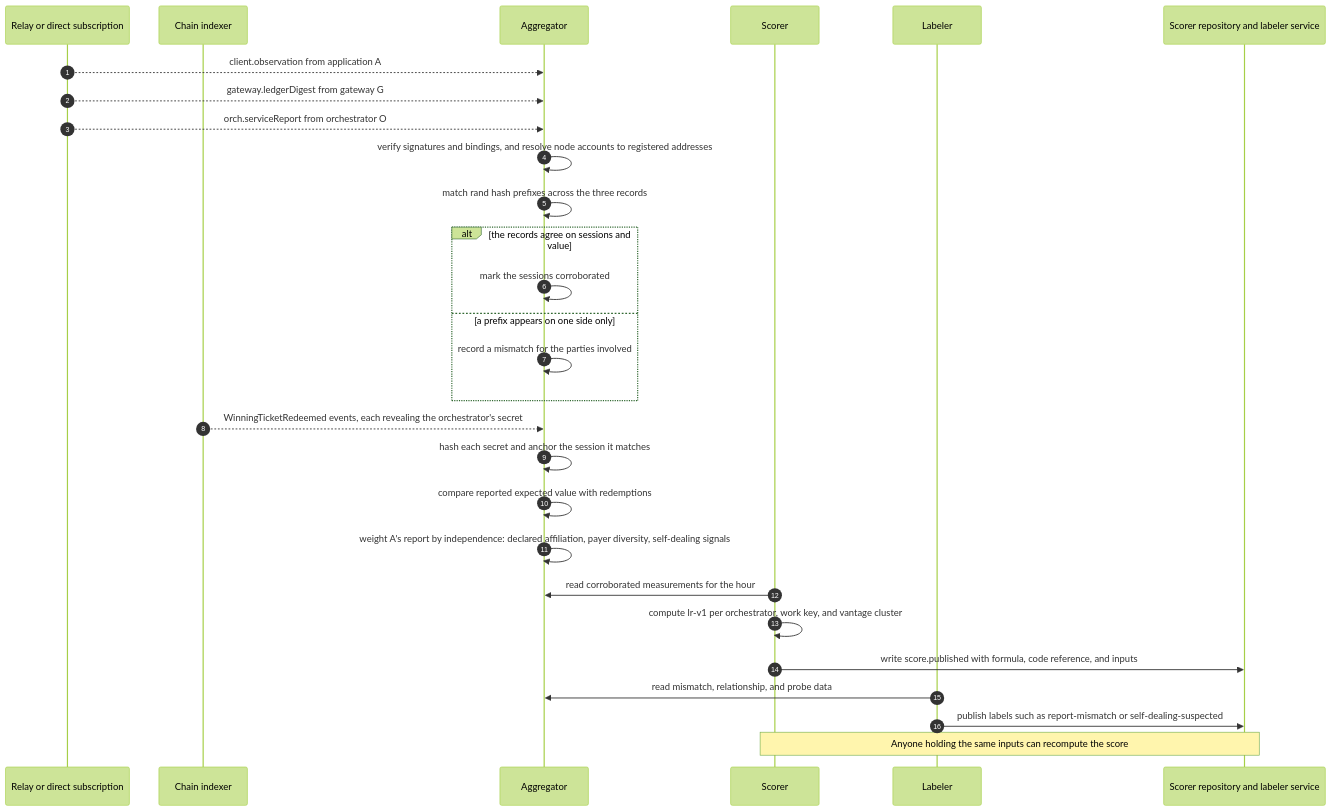
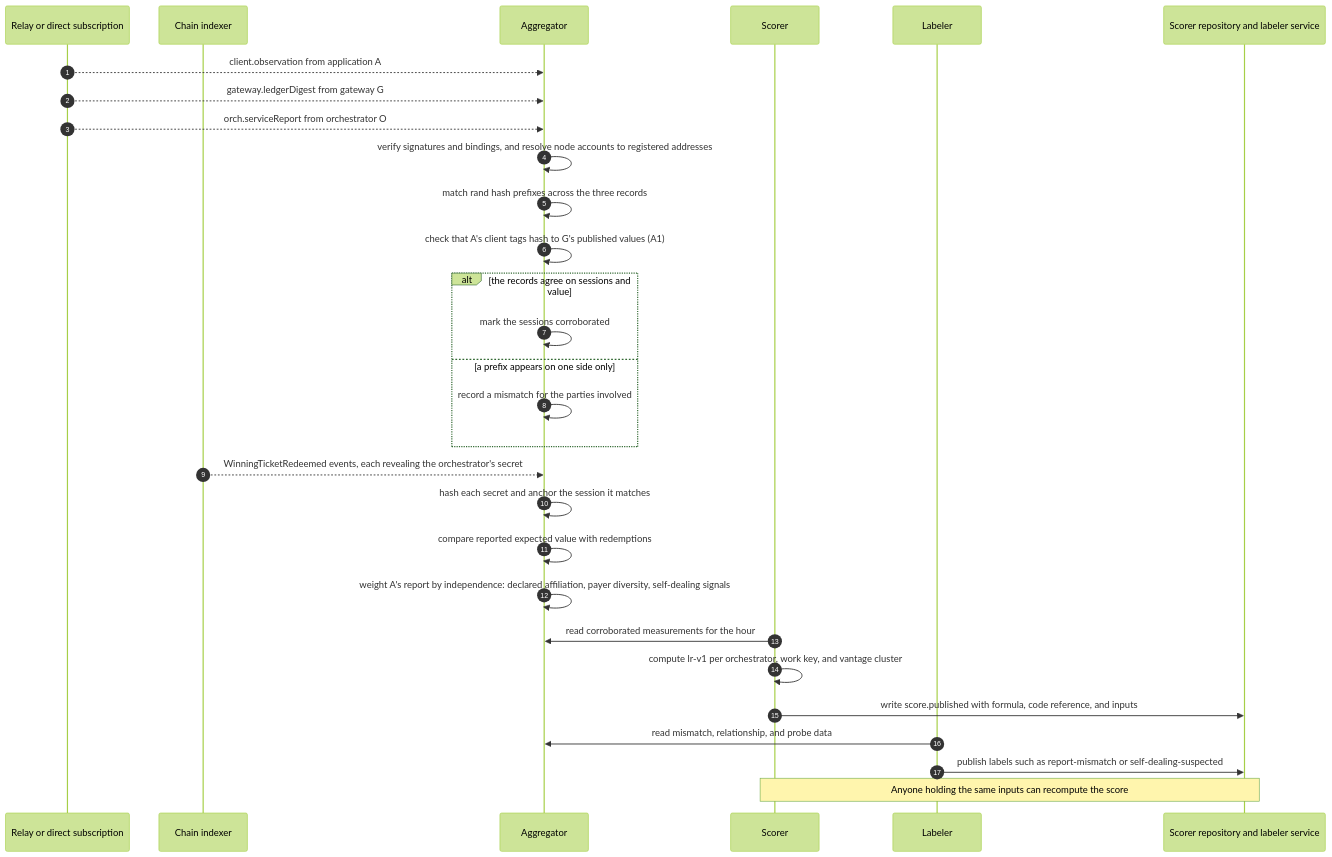
One commit to Cloud-SPE/Livepeer-AT-Protocol changed the fourth of 8 diagrams in appendix-d-sequence-diagrams.md. Above: the diagram before and after it, drawn with Mermaid (forest theme). The commit also changed 6 other files, not shown here.

````diff
--- a/appendix-d-sequence-diagrams.md
+++ b/appendix-d-sequence-diagrams.md
@@ -166,31 +166,32 @@
 ```mermaid
 sequenceDiagram
   autonumber
   participant Rel as Relay or direct subscription
   participant Idx as Chain indexer
   participant Agg as Aggregator
   participant Sco as Scorer
   participant Lab as Labeler
   participant XP as Scorer repository and labeler service
 
   Rel-->>Agg: client.observation from application A
   Rel-->>Agg: gateway.ledgerDigest from gateway G
   Rel-->>Agg: orch.serviceReport from orchestrator O
   Agg->>Agg: verify signatures and bindings, and resolve node accounts to registered addresses
   Agg->>Agg: match rand hash prefixes across the three records
+  Agg->>Agg: check that A's client tags hash to G's published values (A1)
   alt the records agree on sessions and value
     Agg->>Agg: mark the sessions corroborated
   else a prefix appears on one side only
     Agg->>Agg: record a mismatch for the parties involved
   end
   Idx-->>Agg: WinningTicketRedeemed events, each revealing the orchestrator's secret
   Agg->>Agg: hash each secret and anchor the session it matches
   Agg->>Agg: compare reported expected value with redemptions
   Agg->>Agg: weight A's report by independence: declared affiliation, payer diversity, self-dealing signals
   Sco->>Agg: read corroborated measurements for the hour
   Sco->>Sco: compute lr-v1 per orchestrator, work key, and vantage cluster
   Sco->>XP: write score.published with formula, code reference, and inputs
   Lab->>Agg: read mismatch, relationship, and probe data
   Lab->>XP: publish labels such as report-mismatch or self-dealing-suspected
   Note over Sco,XP: Anyone holding the same inputs can recompute the score
 ```
````
